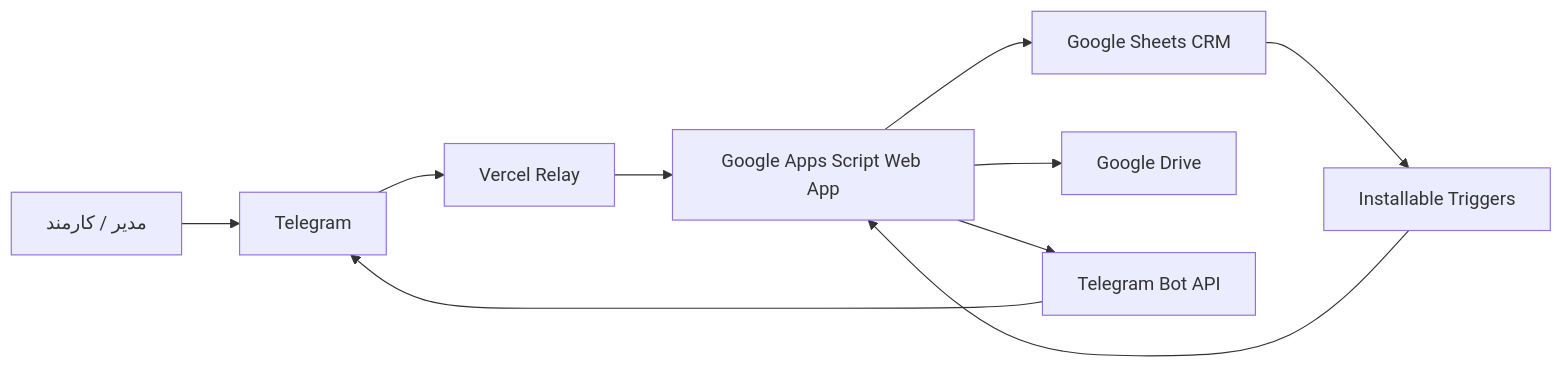
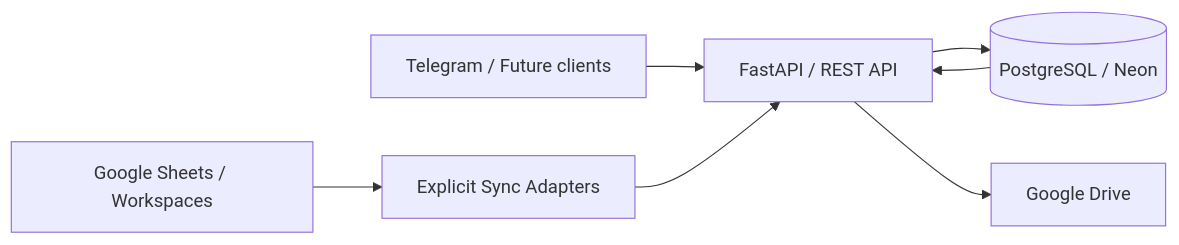
The diagram in README.md (sajedfallah/CRM-karatarkhis), drawn with Mermaid before and after one commit. The commit also changed other lines of this file, not shown here.

Commit message:
docs(v5): refresh project README for V5 backend architecture

````diff
--- a/README.md
+++ b/README.md
@@ -199,12 +22,9 @@
 ```mermaid
 flowchart LR
-    U[مدیر / کارمند] --> TG[Telegram]
-    TG --> VR[Vercel Relay]
-    VR --> GAS[Google Apps Script Web App]
-    GAS --> GS[Google Sheets CRM]
-    GAS --> GD[Google Drive]
-    GAS --> TAPI[Telegram Bot API]
-    TAPI --> TG
-    GS --> TR[Installable Triggers]
-    TR --> GAS
+    TG[Telegram / Future clients] --> API[FastAPI / REST API]
+    WS[Google Sheets / Workspaces] --> SYNC[Explicit Sync Adapters]
+    SYNC --> API
+    API --> DB[(PostgreSQL / Neon)]
+    API --> GD[Google Drive]
+    DB --> API
 ```
````
